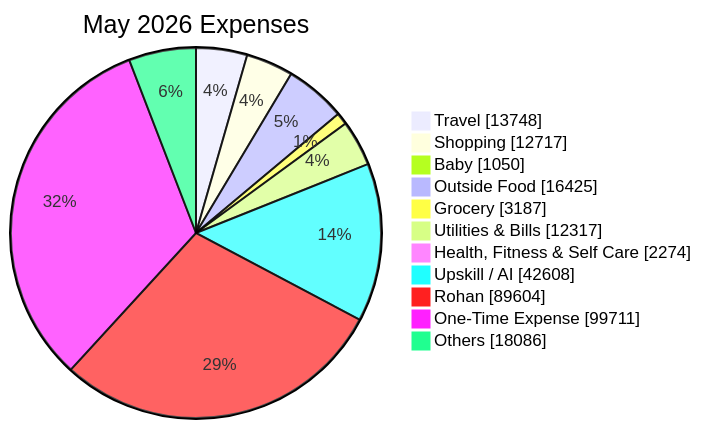
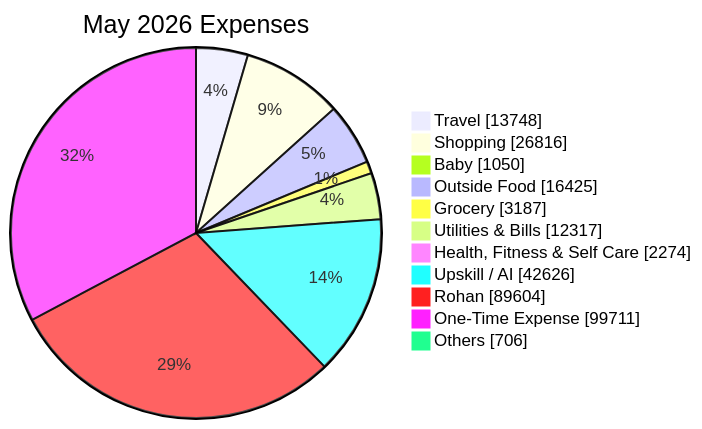
One commit to sachin-hg/expense-reporter changed the second of 2 diagrams in reports/2026-05.md. Above: the diagram before and after it, drawn with Mermaid. The commit also changed other lines of this file and 18 other files, not shown here.

````diff
--- a/reports/2026-05.md
+++ b/reports/2026-05.md
@@ -48,15 +48,15 @@
 ```mermaid
 pie showData
     title May 2026 Expenses
     "Travel" : 13748
-    "Shopping" : 12717
+    "Shopping" : 26816
     "Baby" : 1050
     "Outside Food" : 16425
     "Grocery" : 3187
     "Utilities & Bills" : 12317
     "Health, Fitness & Self Care" : 2274
-    "Upskill / AI" : 42608
+    "Upskill / AI" : 42626
     "Rohan" : 89604
     "One-Time Expense" : 99711
-    "Others" : 18086
+    "Others" : 706
 ```
````
